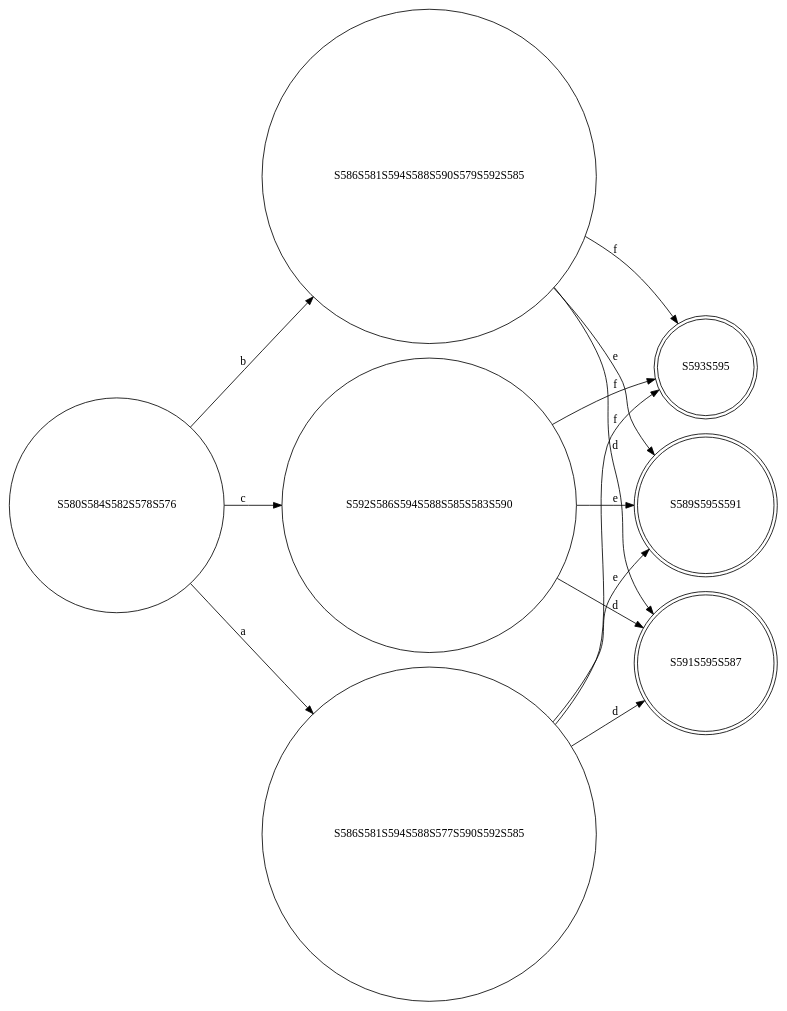
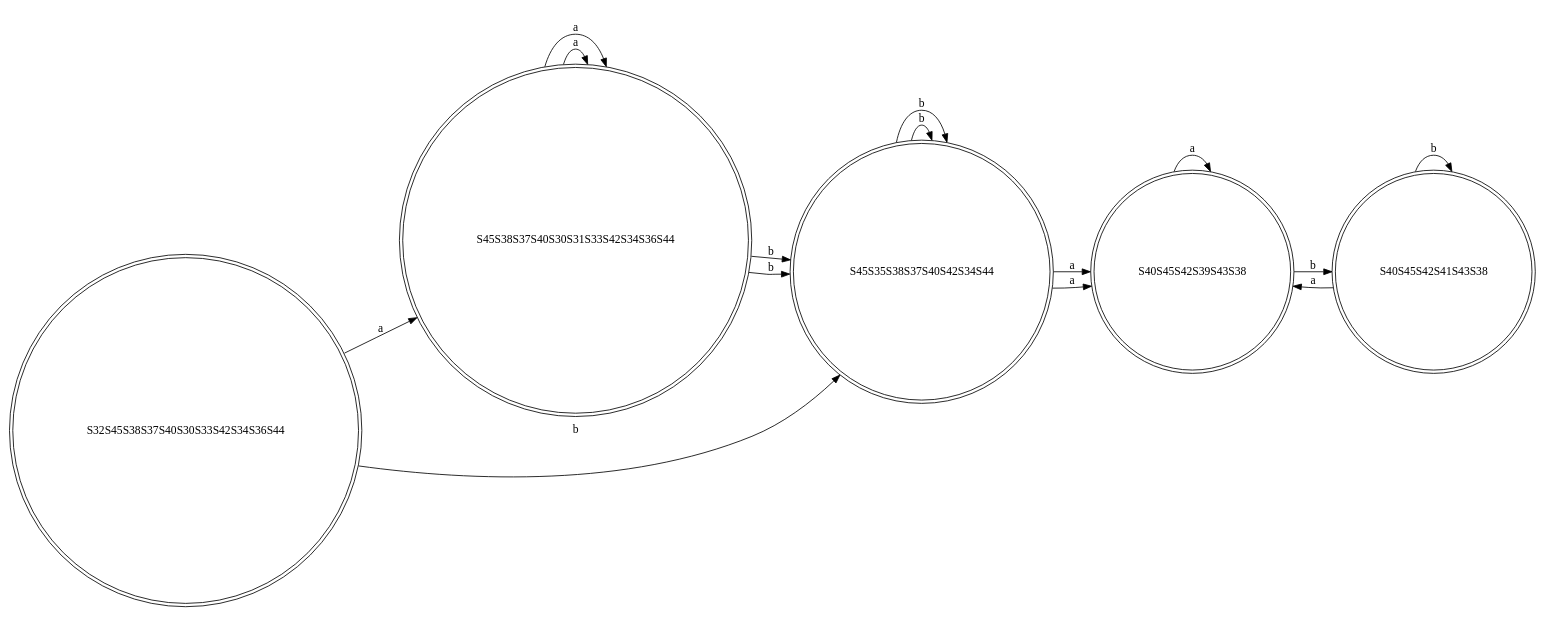
Before and after one commit to abdelazizSalah/RegExp_NFA_DFA_DFAMinimization: the diagram in finalCode/test-output/round-table.gv, drawn with Graphviz. The commit also changed 5 other files, not shown here.

```diff
--- a/finalCode/test-output/round-table.gv
+++ b/finalCode/test-output/round-table.gv
@@ -1,23 +1,25 @@
 // Minimized DFA graph
 digraph {
 	graph [rankdir=LR]
-	S580S584S582S578S576 [label=S580S584S582S578S576 shape=circle]
-	S580S584S582S578S576 -> S592S586S594S588S585S583S590 [label=c]
-	S580S584S582S578S576 -> S586S581S594S588S590S579S592S585 [label=b]
-	S580S584S582S578S576 -> S586S581S594S588S577S590S592S585 [label=a]
-	S592S586S594S588S585S583S590 [label=S592S586S594S588S585S583S590 shape=circle]
-	S592S586S594S588S585S583S590 -> S593S595 [label=f]
-	S592S586S594S588S585S583S590 -> S591S595S587 [label=d]
-	S592S586S594S588S585S583S590 -> S589S595S591 [label=e]
-	S586S581S594S588S590S579S592S585 [label=S586S581S594S588S590S579S592S585 shape=circle]
-	S586S581S594S588S590S579S592S585 -> S591S595S587 [label=d]
-	S586S581S594S588S590S579S592S585 -> S589S595S591 [label=e]
-	S586S581S594S588S590S579S592S585 -> S593S595 [label=f]
-	S586S581S594S588S577S590S592S585 [label=S586S581S594S588S577S590S592S585 shape=circle]
-	S586S581S594S588S577S590S592S585 -> S591S595S587 [label=d]
-	S586S581S594S588S577S590S592S585 -> S589S595S591 [label=e]
-	S586S581S594S588S577S590S592S585 -> S593S595 [label=f]
-	S593S595 [label=S593S595 shape=doublecircle]
-	S591S595S587 [label=S591S595S587 shape=doublecircle]
-	S589S595S591 [label=S589S595S591 shape=doublecircle]
+	S32S45S38S37S40S30S33S42S34S36S44 [label=S32S45S38S37S40S30S33S42S34S36S44 shape=doublecircle]
+	S32S45S38S37S40S30S33S42S34S36S44 -> S45S38S37S40S30S31S33S42S34S36S44 [label=a]
+	S32S45S38S37S40S30S33S42S34S36S44 -> S45S35S38S37S40S42S34S44 [label=b]
+	S45S38S37S40S30S31S33S42S34S36S44 [label=S45S38S37S40S30S31S33S42S34S36S44 shape=doublecircle]
+	S45S38S37S40S30S31S33S42S34S36S44 -> S45S38S37S40S30S31S33S42S34S36S44 [label=a]
+	S45S38S37S40S30S31S33S42S34S36S44 -> S45S35S38S37S40S42S34S44 [label=b]
+	S45S35S38S37S40S42S34S44 [label=S45S35S38S37S40S42S34S44 shape=doublecircle]
+	S45S35S38S37S40S42S34S44 -> S40S45S42S39S43S38 [label=a]
+	S45S35S38S37S40S42S34S44 -> S45S35S38S37S40S42S34S44 [label=b]
+	S45S38S37S40S30S31S33S42S34S36S44 [label=S45S38S37S40S30S31S33S42S34S36S44 shape=doublecircle]
+	S45S38S37S40S30S31S33S42S34S36S44 -> S45S38S37S40S30S31S33S42S34S36S44 [label=a]
+	S45S38S37S40S30S31S33S42S34S36S44 -> S45S35S38S37S40S42S34S44 [label=b]
+	S45S35S38S37S40S42S34S44 [label=S45S35S38S37S40S42S34S44 shape=doublecircle]
+	S45S35S38S37S40S42S34S44 -> S40S45S42S39S43S38 [label=a]
+	S45S35S38S37S40S42S34S44 -> S45S35S38S37S40S42S34S44 [label=b]
+	S40S45S42S39S43S38 [label=S40S45S42S39S43S38 shape=doublecircle]
+	S40S45S42S39S43S38 -> S40S45S42S41S43S38 [label=b]
+	S40S45S42S39S43S38 -> S40S45S42S39S43S38 [label=a]
+	S40S45S42S41S43S38 [label=S40S45S42S41S43S38 shape=doublecircle]
+	S40S45S42S41S43S38 -> S40S45S42S41S43S38 [label=b]
+	S40S45S42S41S43S38 -> S40S45S42S39S43S38 [label=a]
 }
```
